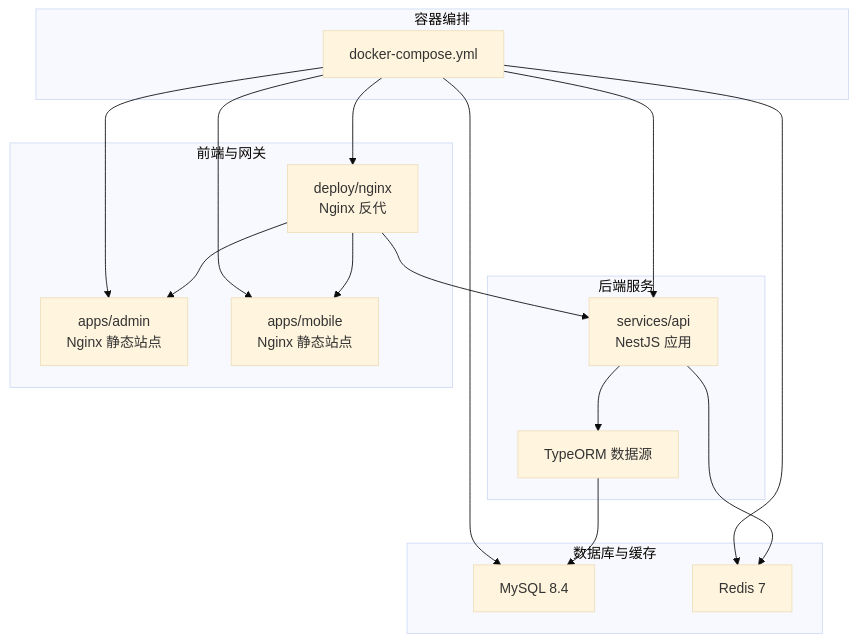
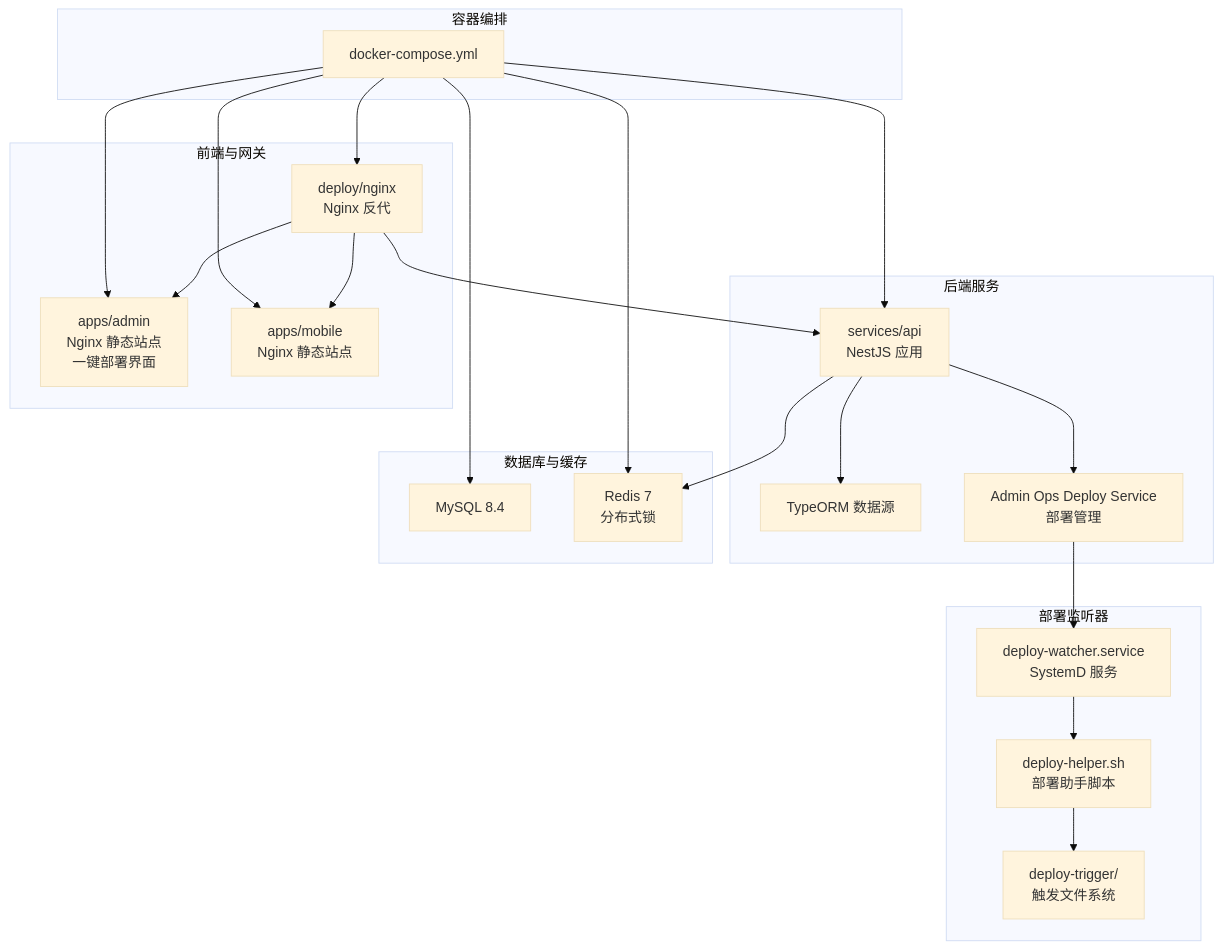
The first of 4 diagrams in .qoder/repowiki/zh/content/部署运维/部署运维.md (huoqingzhu446/fortune-hub), drawn with Mermaid (base theme) before and after one commit. The commit also changed other lines of this file and 6 other files, not shown here.

````diff
--- a/.qoder/repowiki/zh/content/部署运维/部署运维.md
+++ b/.qoder/repowiki/zh/content/部署运维/部署运维.md
@@ -45,31 +64,40 @@
 ```mermaid
 graph TB
 subgraph "容器编排"
 DC["docker-compose.yml"]
 end
 subgraph "后端服务"
 API["services/api<br/>NestJS 应用"]
 DS["TypeORM 数据源"]
+DEPLOY["Admin Ops Deploy Service<br/>部署管理"]
 end
 subgraph "数据库与缓存"
 MYSQL["MySQL 8.4"]
-REDIS["Redis 7"]
+REDIS["Redis 7<br/>分布式锁"]
 end
 subgraph "前端与网关"
-ADMIN["apps/admin<br/>Nginx 静态站点"]
+ADMIN["apps/admin<br/>Nginx 静态站点<br/>一键部署界面"]
 MOBILE["apps/mobile<br/>Nginx 静态站点"]
 NGINX["deploy/nginx<br/>Nginx 反代"]
+end
+subgraph "部署监听器"
+WATCHER["deploy-watcher.service<br/>SystemD 服务"]
+HELPER["deploy-helper.sh<br/>部署助手脚本"]
+TRIGGER["deploy-trigger/<br/>触发文件系统"]
 end
 DC --> MYSQL
 DC --> REDIS
 DC --> API
 DC --> ADMIN
 DC --> MOBILE
 DC --> NGINX
 API --> DS
-DS --> MYSQL
 API --> REDIS
+API --> DEPLOY
+DEPLOY --> WATCHER
+WATCHER --> HELPER
+HELPER --> TRIGGER
 NGINX --> API
 NGINX --> ADMIN
 NGINX --> MOBILE
 ```
````
